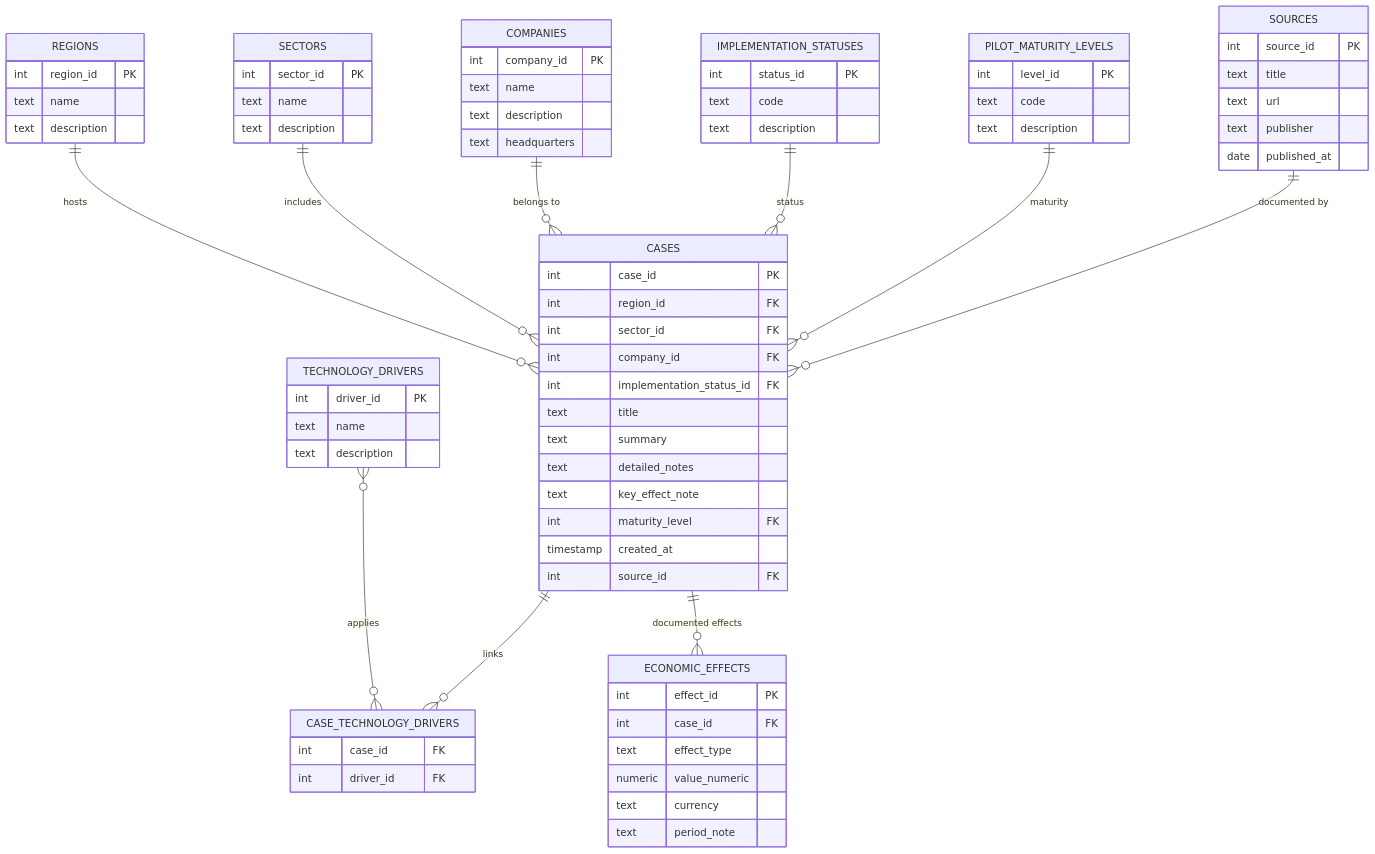
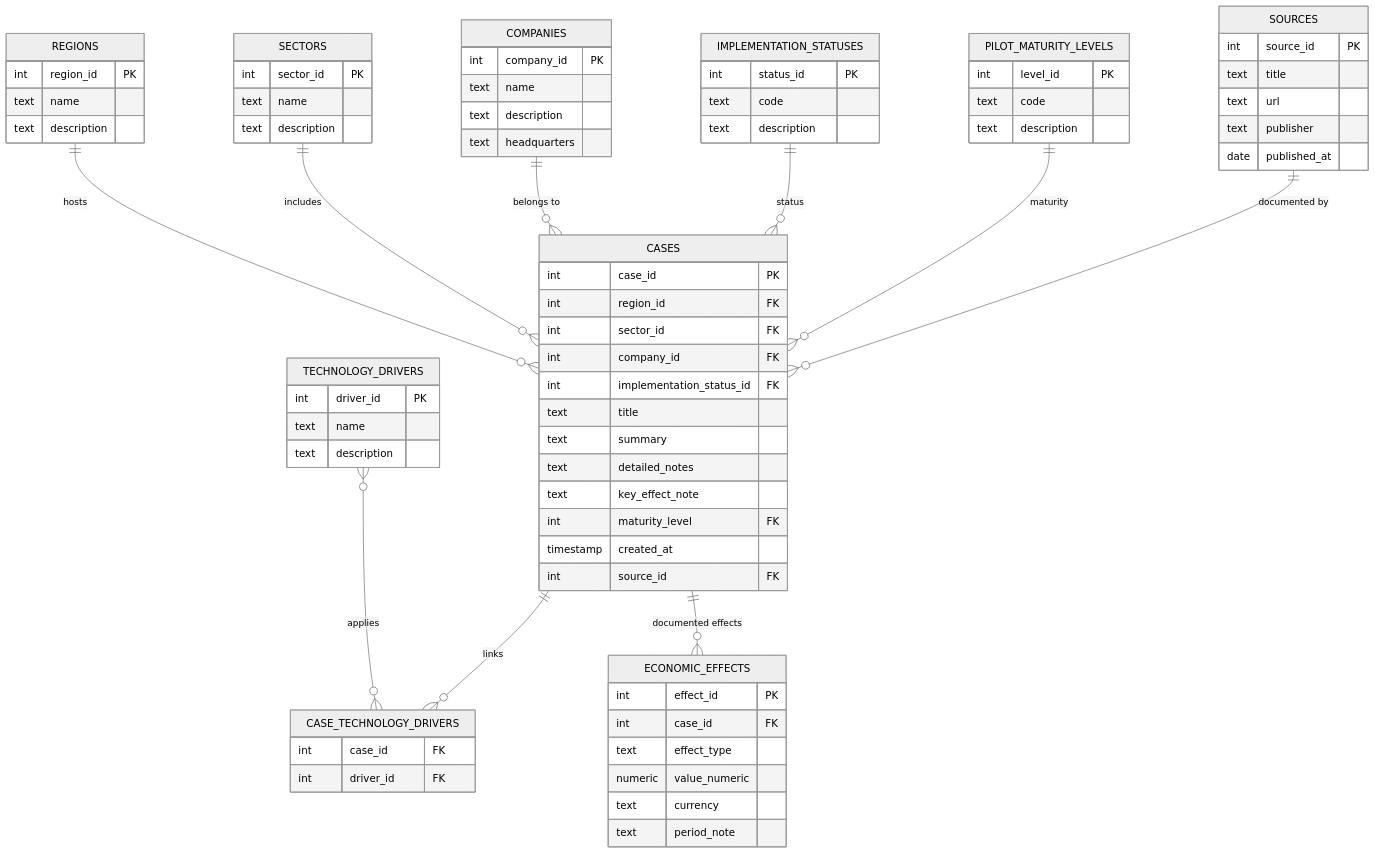
Before and after one commit to ESkuratov/ai_scout_project: the diagram in diagrams/schema_er.mmd, drawn with Mermaid. The commit also changed 3 other files, not shown here.

Commit message:
update diagrams

```diff
--- a/diagrams/schema_er.mmd
+++ b/diagrams/schema_er.mmd
@@ -1,86 +1,87 @@
+%%{init: {'theme': 'neutral'}}%%
 erDiagram
     REGIONS {
         int region_id PK
         text name
         text description
     }
 
     SECTORS {
         int sector_id PK
         text name
         text description
     }
 
     TECHNOLOGY_DRIVERS {
         int driver_id PK
         text name
         text description
     }
 
     PILOT_MATURITY_LEVELS {
         int level_id PK
         text code
         text description
     }
 
     IMPLEMENTATION_STATUSES {
         int status_id PK
         text code
         text description
     }
 
     COMPANIES {
         int company_id PK
         text name
         text description
         text headquarters
     }
 
     SOURCES {
         int source_id PK
         text title
         text url
         text publisher
         date published_at
     }
 
     CASES {
         int case_id PK
         int region_id FK
         int sector_id FK
         int company_id FK
         int implementation_status_id FK
         text title
         text summary
         text detailed_notes
         text key_effect_note
         int maturity_level FK
         timestamp created_at
         int source_id FK
     }
 
     CASE_TECHNOLOGY_DRIVERS {
         int case_id FK
         int driver_id FK
     }
 
     ECONOMIC_EFFECTS {
         int effect_id PK
         int case_id FK
         text effect_type
         numeric value_numeric
         text currency
         text period_note
     }
 
     REGIONS ||--o{ CASES : "hosts"
     SECTORS ||--o{ CASES : "includes"
     COMPANIES ||--o{ CASES : "belongs to"
     IMPLEMENTATION_STATUSES ||--o{ CASES : "status"
     PILOT_MATURITY_LEVELS ||--o{ CASES : "maturity"
     SOURCES ||--o{ CASES : "documented by"
 
     CASES ||--o{ CASE_TECHNOLOGY_DRIVERS : "links"
     TECHNOLOGY_DRIVERS }o--o{ CASE_TECHNOLOGY_DRIVERS : "applies"
 
     CASES ||--o{ ECONOMIC_EFFECTS : "documented effects"
```
